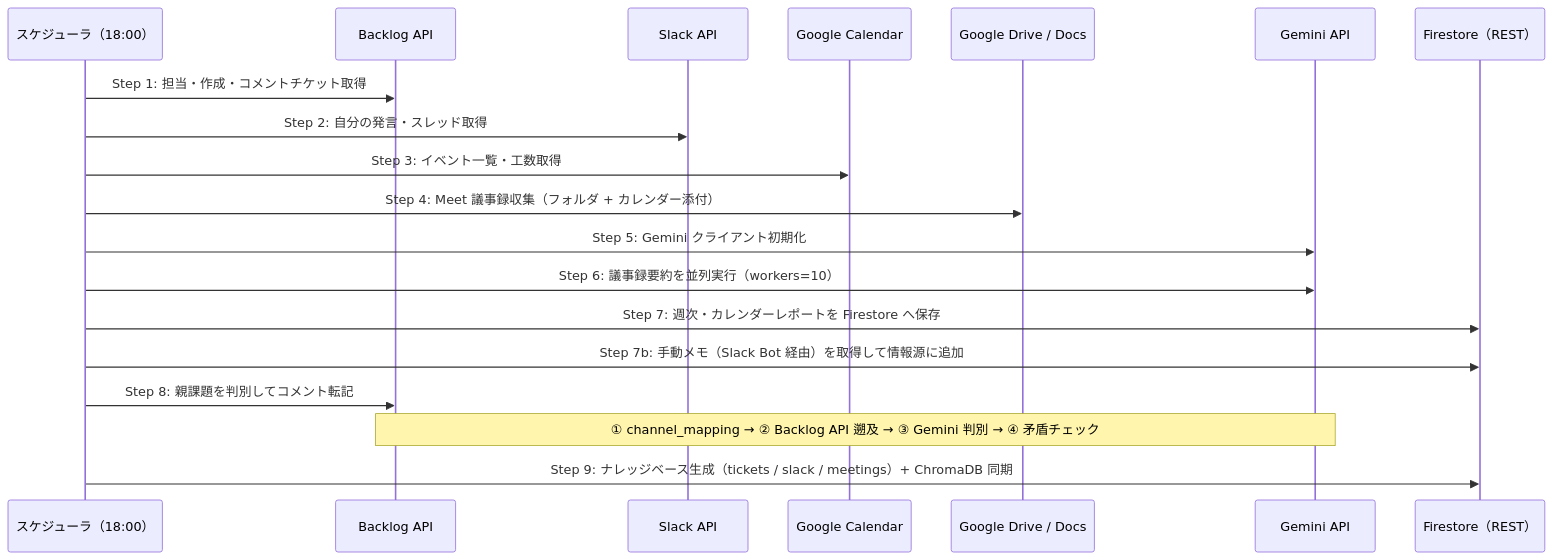
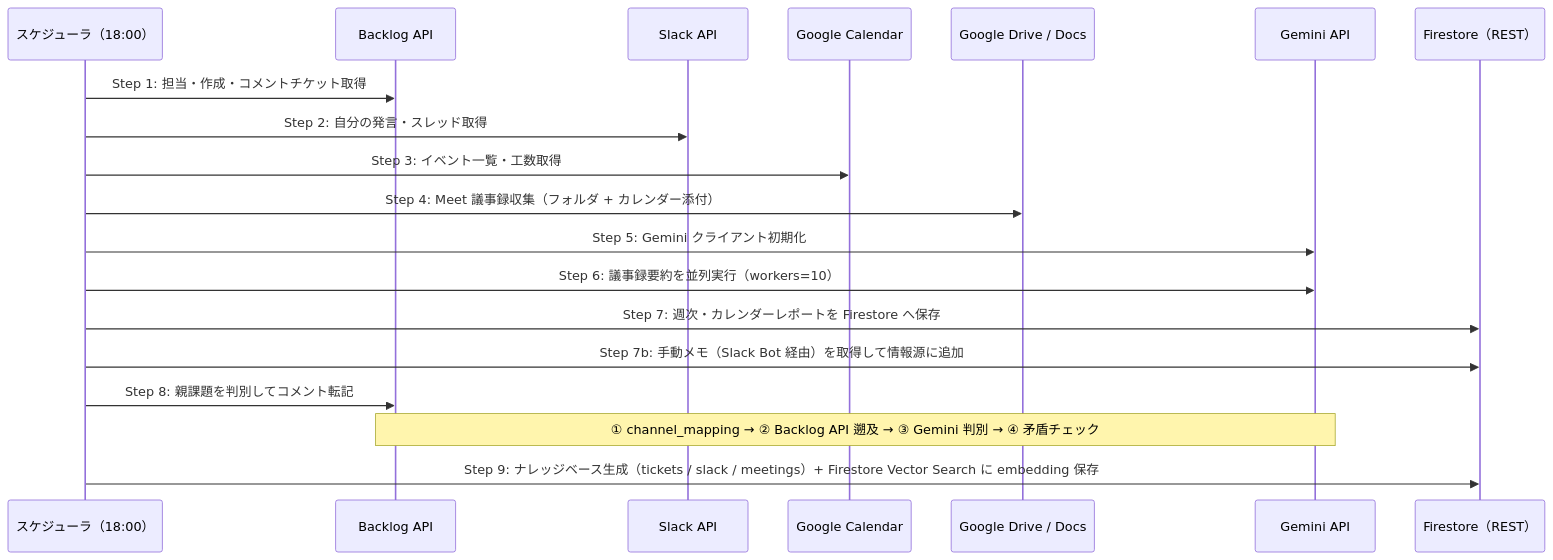
The diagram in README.md (andst-kimura/Weekly-Relay), drawn with Mermaid before and after one commit. The commit also changed other lines of this file and 2 other files, not shown here.

First line of the commit message:
docs: ChromaDB 廃止に伴い README・要件定義書・基本設計書を更新

````diff
--- a/README.md
+++ b/README.md
@@ -77,22 +77,22 @@
 ```mermaid
 sequenceDiagram
     participant SCH as スケジューラ（18:00）
     participant BL as Backlog API
     participant SL as Slack API
     participant CAL as Google Calendar
     participant DRIVE as Google Drive / Docs
     participant GEM as Gemini API
     participant FS as Firestore（REST）
 
     SCH->>BL: Step 1: 担当・作成・コメントチケット取得
     SCH->>SL: Step 2: 自分の発言・スレッド取得
     SCH->>CAL: Step 3: イベント一覧・工数取得
     SCH->>DRIVE: Step 4: Meet 議事録収集（フォルダ + カレンダー添付）
     SCH->>GEM: Step 5: Gemini クライアント初期化
     SCH->>GEM: Step 6: 議事録要約を並列実行（workers=10）
     SCH->>FS: Step 7: 週次・カレンダーレポートを Firestore へ保存
     SCH->>FS: Step 7b: 手動メモ（Slack Bot 経由）を取得して情報源に追加
     SCH->>BL: Step 8: 親課題を判別してコメント転記
     Note over BL,GEM: ① channel_mapping → ② Backlog API 遡及 → ③ Gemini 判別 → ④ 矛盾チェック
-    SCH->>FS: Step 9: ナレッジベース生成（tickets / slack / meetings）+ ChromaDB 同期
+    SCH->>FS: Step 9: ナレッジベース生成（tickets / slack / meetings）+ Firestore Vector Search に embedding 保存
 ```
````
